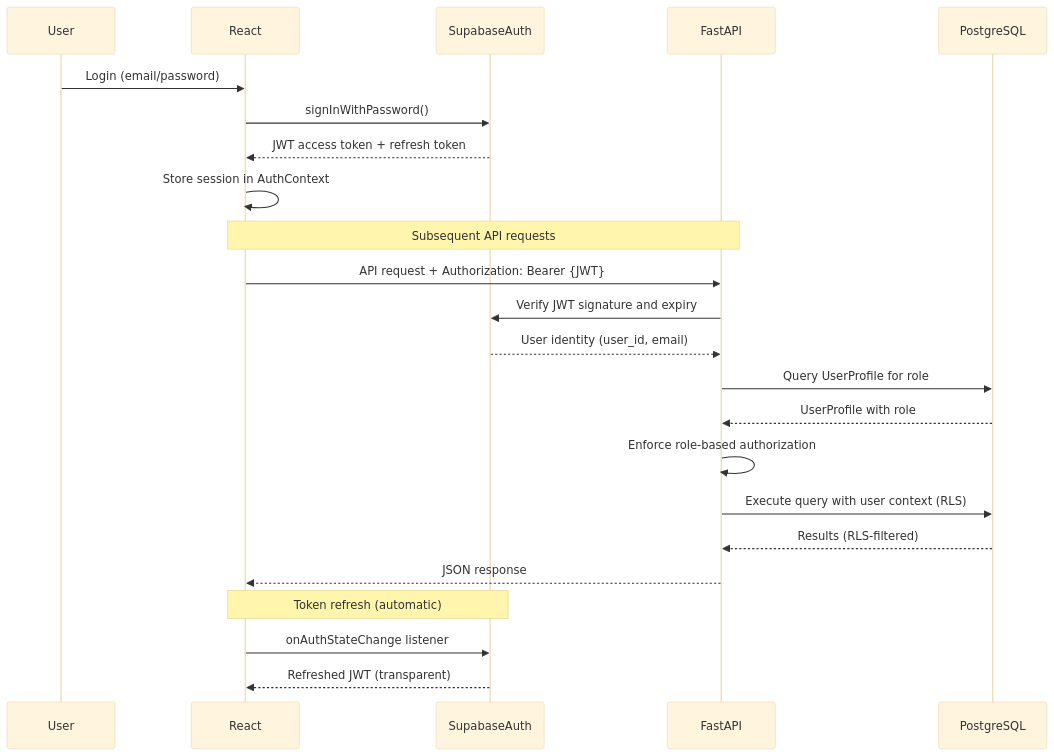
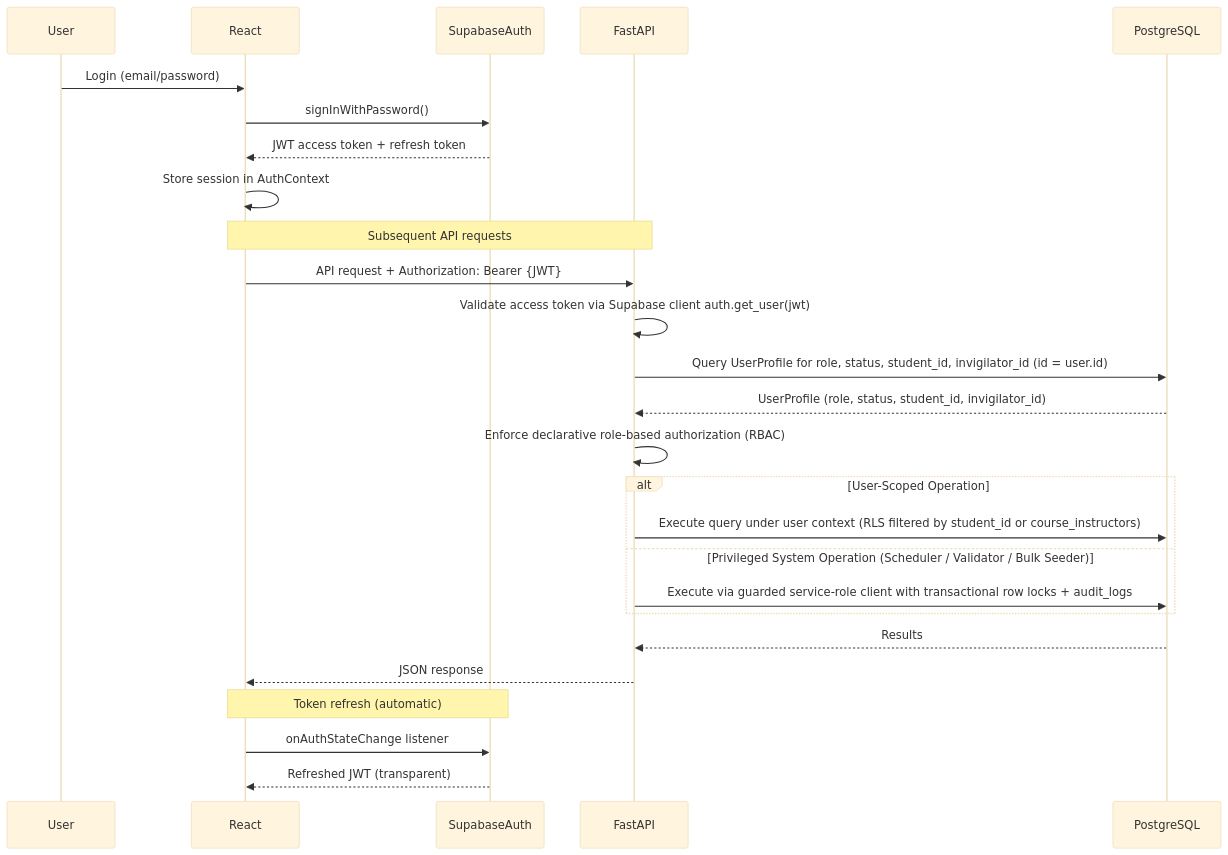
One commit to bogavivek15/ExamOps changed the second of 12 diagrams in docs/architecture.md. Above: the diagram before and after it, drawn with Mermaid (base theme). The commit also changed other lines of this file and 25 other files, not shown here.

Commit message:
feat(phase-0): finalize architecture contracts, reconcile 26 entities, and establish autopilot memory

````diff
--- a/docs/architecture.md
+++ b/docs/architecture.md
@@ -328,30 +319,33 @@
 ```mermaid
 sequenceDiagram
     participant User
     participant React
     participant SupabaseAuth
     participant FastAPI
     participant PostgreSQL
 
     User->>React: Login (email/password)
     React->>SupabaseAuth: signInWithPassword()
     SupabaseAuth-->>React: JWT access token + refresh token
     React->>React: Store session in AuthContext
 
     Note over React,FastAPI: Subsequent API requests
 
     React->>FastAPI: API request + Authorization: Bearer {JWT}
-    FastAPI->>SupabaseAuth: Verify JWT signature and expiry
-    SupabaseAuth-->>FastAPI: User identity (user_id, email)
-    FastAPI->>PostgreSQL: Query UserProfile for role
-    PostgreSQL-->>FastAPI: UserProfile with role
-    FastAPI->>FastAPI: Enforce role-based authorization
-    FastAPI->>PostgreSQL: Execute query with user context (RLS)
-    PostgreSQL-->>FastAPI: Results (RLS-filtered)
+    FastAPI->>FastAPI: Validate access token via Supabase client auth.get_user(jwt)
+    FastAPI->>PostgreSQL: Query UserProfile for role, status, student_id, invigilator_id (id = user.id)
+    PostgreSQL-->>FastAPI: UserProfile (role, status, student_id, invigilator_id)
+    FastAPI->>FastAPI: Enforce declarative role-based authorization (RBAC)
+    alt User-Scoped Operation
+        FastAPI->>PostgreSQL: Execute query under user context (RLS filtered by student_id or course_instructors)
+    else Privileged System Operation (Scheduler / Validator / Bulk Seeder)
+        FastAPI->>PostgreSQL: Execute via guarded service-role client with transactional row locks + audit_logs
+    end
+    PostgreSQL-->>FastAPI: Results
     FastAPI-->>React: JSON response
 
     Note over React,SupabaseAuth: Token refresh (automatic)
 
     React->>SupabaseAuth: onAuthStateChange listener
     SupabaseAuth-->>React: Refreshed JWT (transparent)
 ```
````
